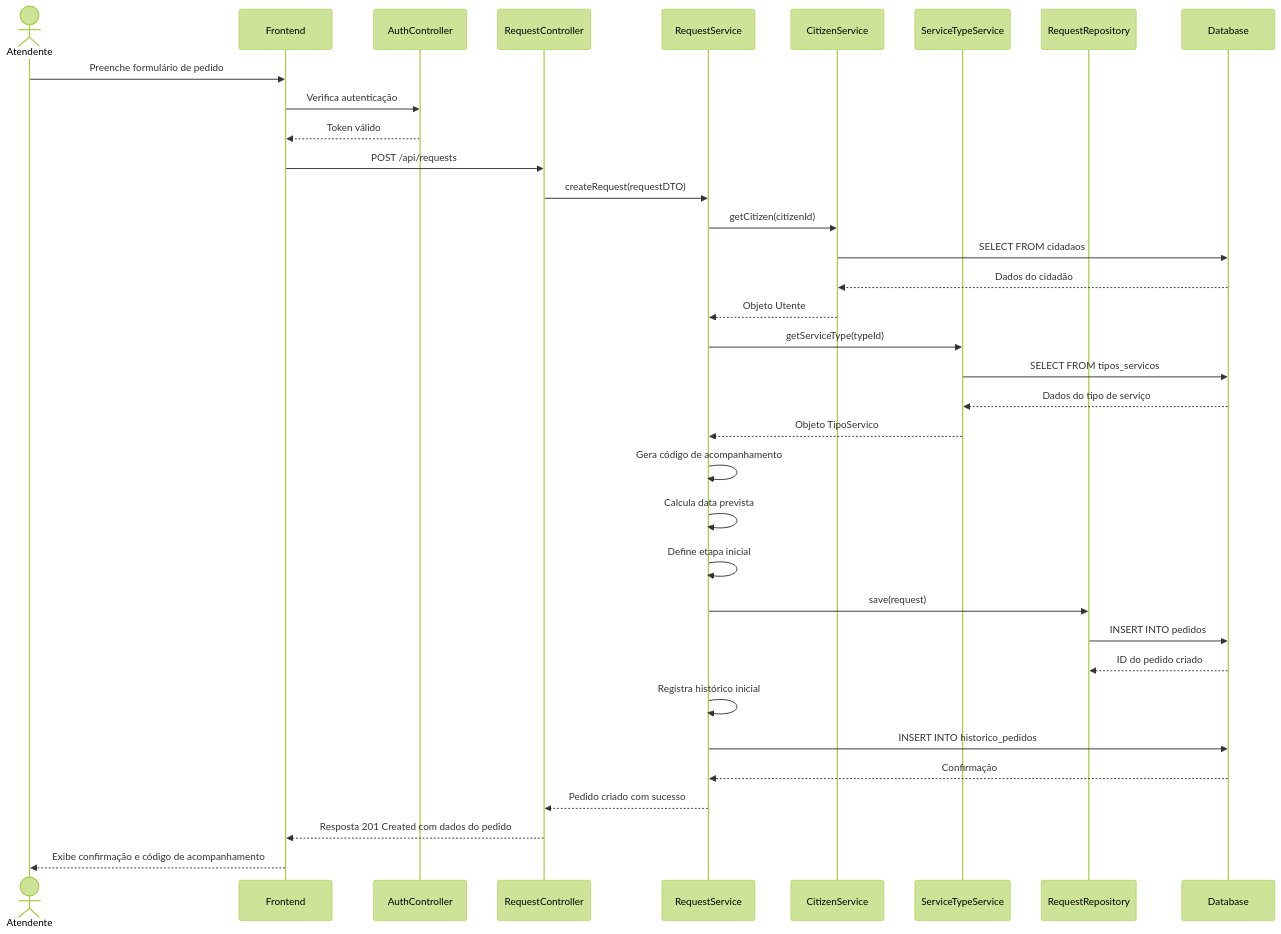
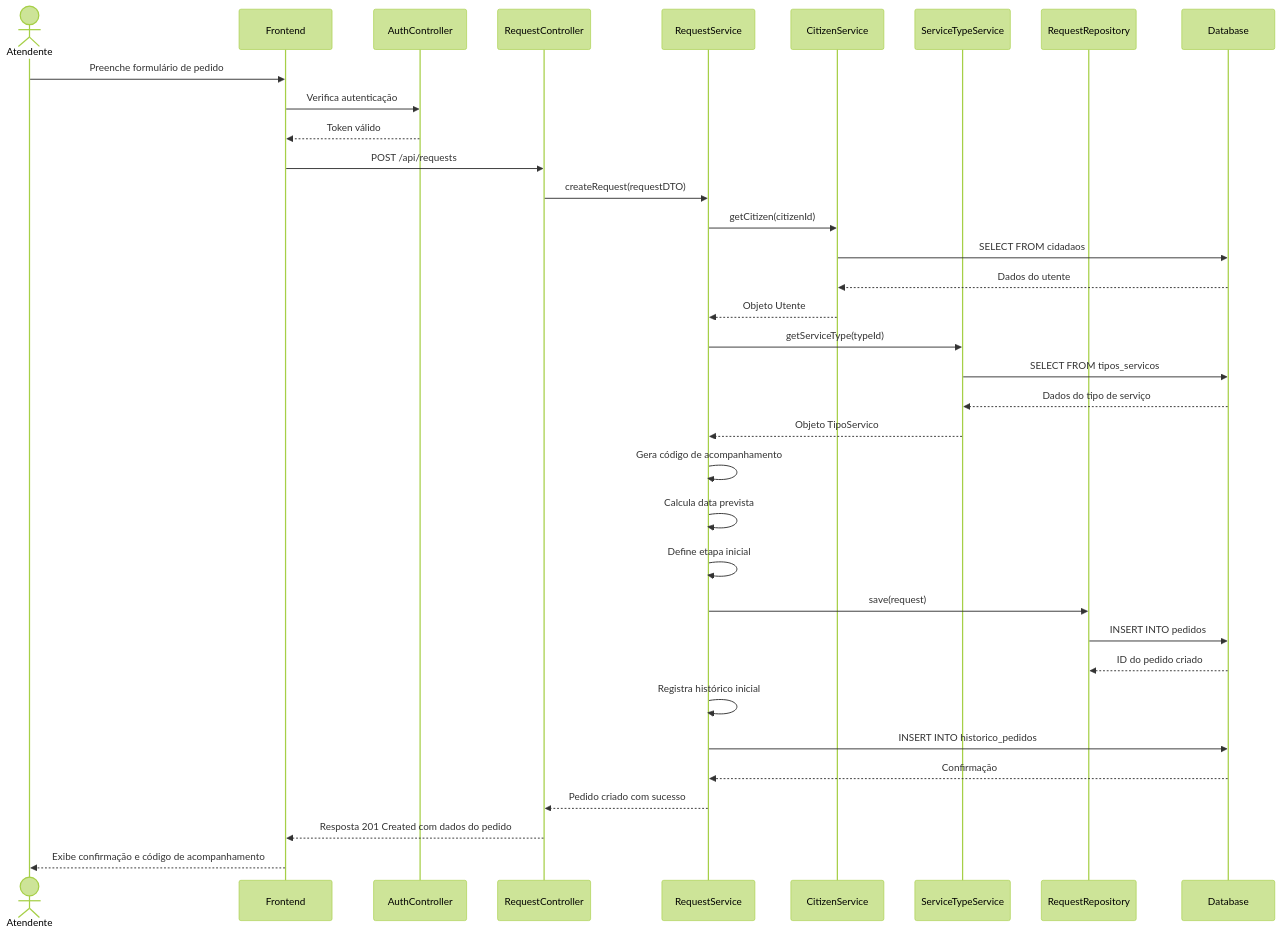
The first of 5 diagrams in docs/dev/sequence_diagrams.md (tchspprtcv/simple), drawn with Mermaid (forest theme) before and after one commit. The commit also changed other lines of this file and 31 other files, not shown here.

````diff
--- a/docs/dev/sequence_diagrams.md
+++ b/docs/dev/sequence_diagrams.md
@@ -9,45 +9,45 @@
 ```mermaid
 sequenceDiagram
     actor Atendente
     participant Frontend
     participant AuthController
     participant RequestController
     participant RequestService
     participant CitizenService
     participant ServiceTypeService
     participant RequestRepository
     participant Database
     
     Atendente->>Frontend: Preenche formulário de pedido
     Frontend->>AuthController: Verifica autenticação
     AuthController-->>Frontend: Token válido
     
     Frontend->>RequestController: POST /api/requests
     RequestController->>RequestService: createRequest(requestDTO)
     
     RequestService->>CitizenService: getCitizen(citizenId)
     CitizenService->>Database: SELECT FROM cidadaos
-    Database-->>CitizenService: Dados do cidadão
+    Database-->>CitizenService: Dados do utente
     CitizenService-->>RequestService: Objeto Utente
     
     RequestService->>ServiceTypeService: getServiceType(typeId)
     ServiceTypeService->>Database: SELECT FROM tipos_servicos
     Database-->>ServiceTypeService: Dados do tipo de serviço
     ServiceTypeService-->>RequestService: Objeto TipoServico
     
     RequestService->>RequestService: Gera código de acompanhamento
     RequestService->>RequestService: Calcula data prevista
     RequestService->>RequestService: Define etapa inicial
     
     RequestService->>RequestRepository: save(request)
     RequestRepository->>Database: INSERT INTO pedidos
     Database-->>RequestRepository: ID do pedido criado
     
     RequestService->>RequestService: Registra histórico inicial
     RequestService->>Database: INSERT INTO historico_pedidos
     Database-->>RequestService: Confirmação
     
     RequestService-->>RequestController: Pedido criado com sucesso
     RequestController-->>Frontend: Resposta 201 Created com dados do pedido
     Frontend-->>Atendente: Exibe confirmação e código de acompanhamento
 ```
````
